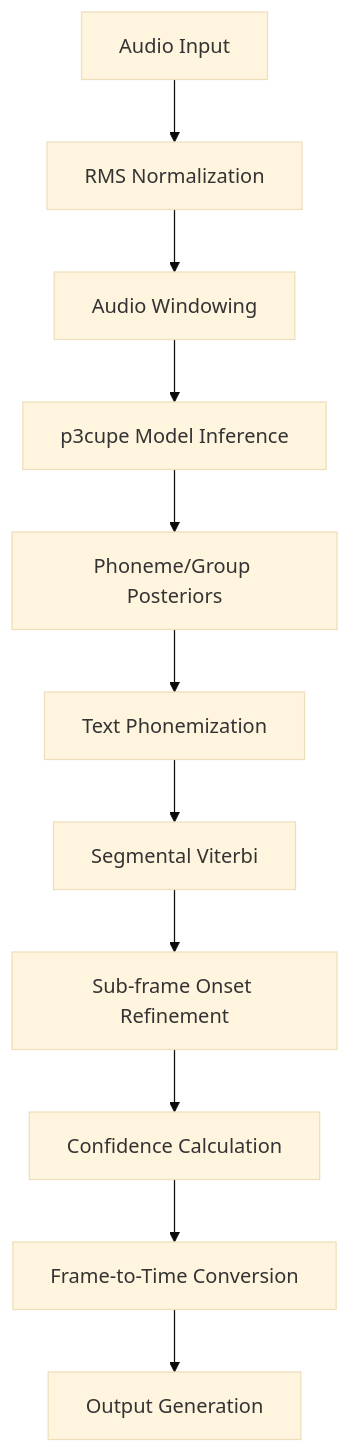
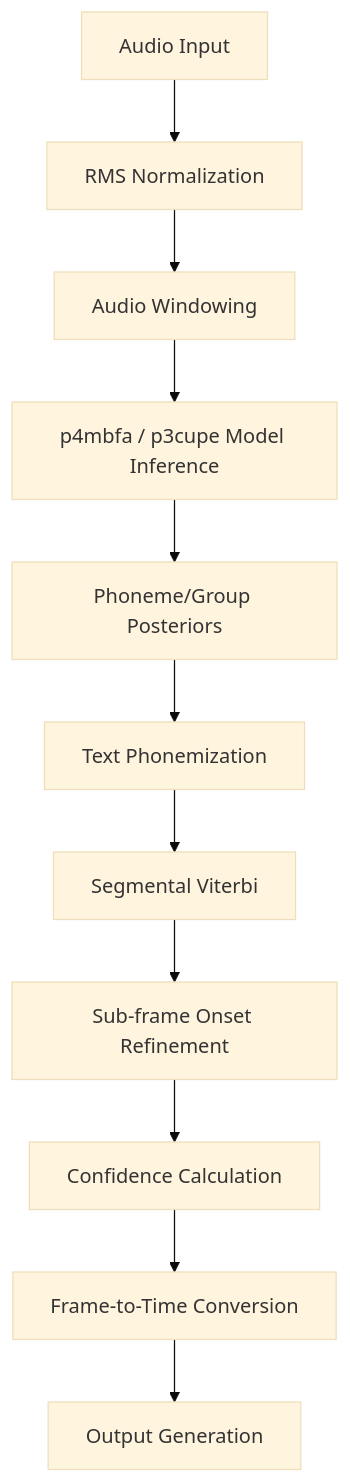
The diagram in README.md (tabahi/bournemouth-forced-aligner), drawn with Mermaid (base theme) before and after one commit. The commit also changed other lines of this file and 49 other files, not shown here.

````diff
--- a/README.md
+++ b/README.md
@@ -1310,13 +1497,13 @@
 ```mermaid
 graph TD
     A[Audio Input] --> B[RMS Normalization]
     B --> C[Audio Windowing]
-    C --> D[p3cupe Model Inference]
+    C --> D[p4mbfa / p3cupe Model Inference]
     D --> E[Phoneme/Group Posteriors]
     E --> F[Text Phonemization]
     F --> G[Segmental Viterbi]
     G --> H[Sub-frame Onset Refinement]
     H --> I[Confidence Calculation]
     I --> J[Frame-to-Time Conversion]
     J --> K[Output Generation]
 ```
````
